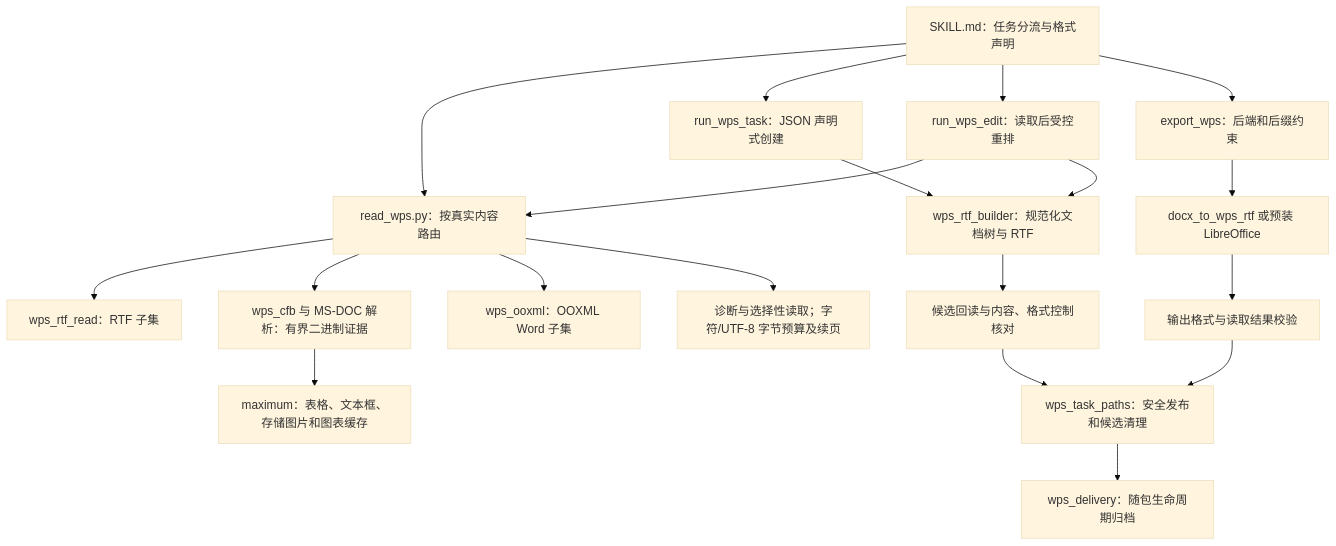
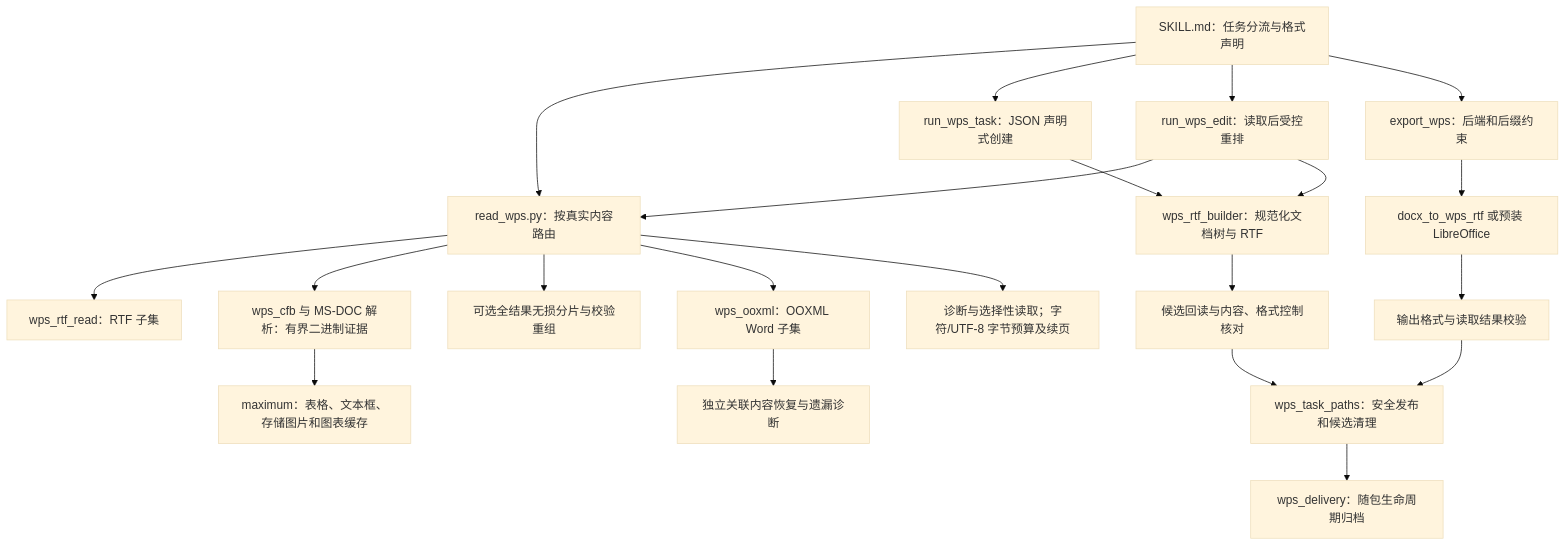
Before and after one commit to JohnParken/PSL-SKILLS: the first of 2 diagrams in docs/skills/wps.md, drawn with Mermaid (base theme). The commit also changed other lines of this file and 92 other files, not shown here.

````diff
--- a/docs/skills/wps.md
+++ b/docs/skills/wps.md
@@ -29,21 +49,23 @@
 ```mermaid
 flowchart TD
     A["SKILL.md：任务分流与格式声明"] --> B["read_wps.py：按真实内容路由"]
     B --> C["wps_rtf_read：RTF 子集"]
     B --> D["wps_cfb 与 MS-DOC 解析：有界二进制证据"]
     D --> Q["maximum：表格、文本框、存储图片和图表缓存"]
+    B --> PAGES["可选全结果无损分片与校验重组"]
     B --> E["wps_ooxml：OOXML Word 子集"]
+    E --> ER["独立关联内容恢复与遗漏诊断"]
     B --> F["诊断与选择性读取；字符/UTF-8 字节预算及续页"]
     A --> G["run_wps_task：JSON 声明式创建"]
     A --> H["run_wps_edit：读取后受控重排"]
     H --> B
     G --> I["wps_rtf_builder：规范化文档树与 RTF"]
     H --> I
     A --> J["export_wps：后端和后缀约束"]
     J --> K["docx_to_wps_rtf 或预装 LibreOffice"]
     I --> L["候选回读与内容、格式控制核对"]
     K --> M["输出格式与读取结果校验"]
     L --> N["wps_task_paths：安全发布和候选清理"]
     M --> N
     N --> O["wps_delivery：随包生命周期归档"]
 ```
````
